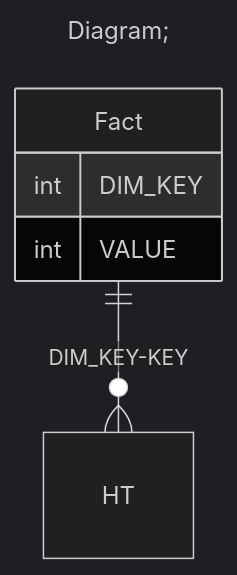
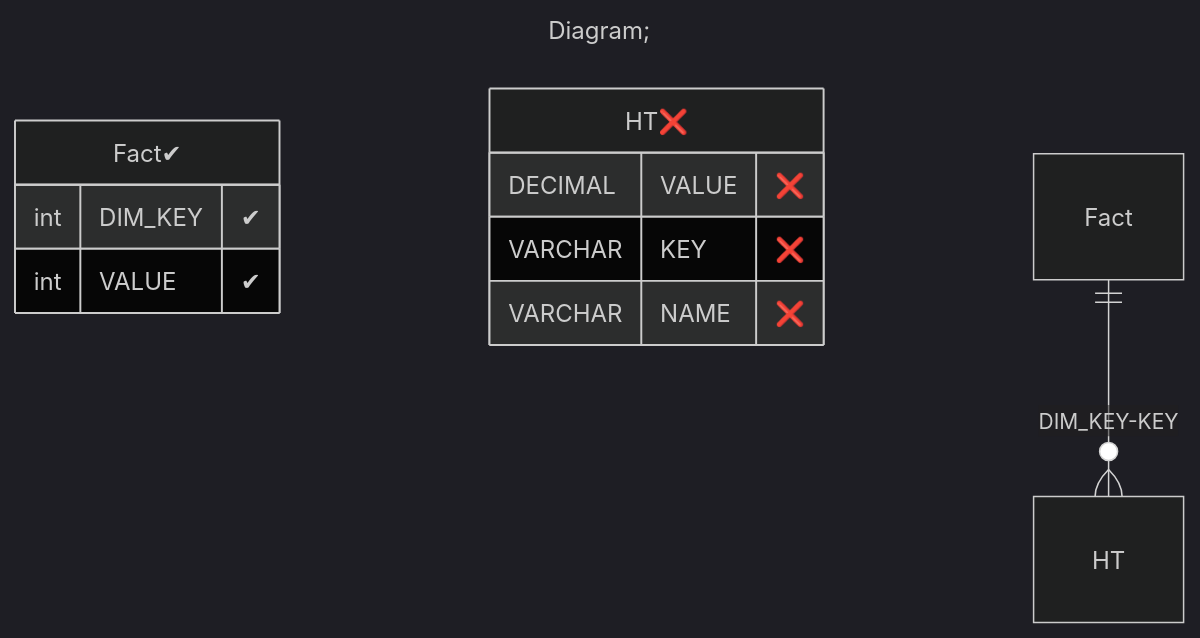
Before and after one commit to xmla-services/workground: the third of 3 diagrams in demo/server/catalogs/tutorial_17_Cube_with_share_dimension_with_inner_table_reference/README.MD, drawn with Mermaid (dark theme). The commit also changed 44 other files, not shown here.

Commit message:
tutorials. add flags (positive, negative) in database diagram Signed-off-by: dbulahov <bulahovdenis@gmail.com>

````diff
--- a/demo/server/catalogs/tutorial_17_Cube_with_share_dimension_with_inner_table_reference/README.MD
+++ b/demo/server/catalogs/tutorial_17_Cube_with_share_dimension_with_inner_table_reference/README.MD
@@ -108,12 +108,17 @@
 ```mermaid
 ---
 title: Diagram;
 ---
 erDiagram
-Fact{
-int DIM_KEY
-int VALUE
+"Fact✔"{
+int DIM_KEY "✔"
+int VALUE "✔"
+}
+"HT❌"{
+DECIMAL VALUE "❌"
+VARCHAR KEY "❌"
+VARCHAR NAME "❌"
 }
 
 "Fact" ||--o{ "HT" : "DIM_KEY-KEY"
 ```
````
